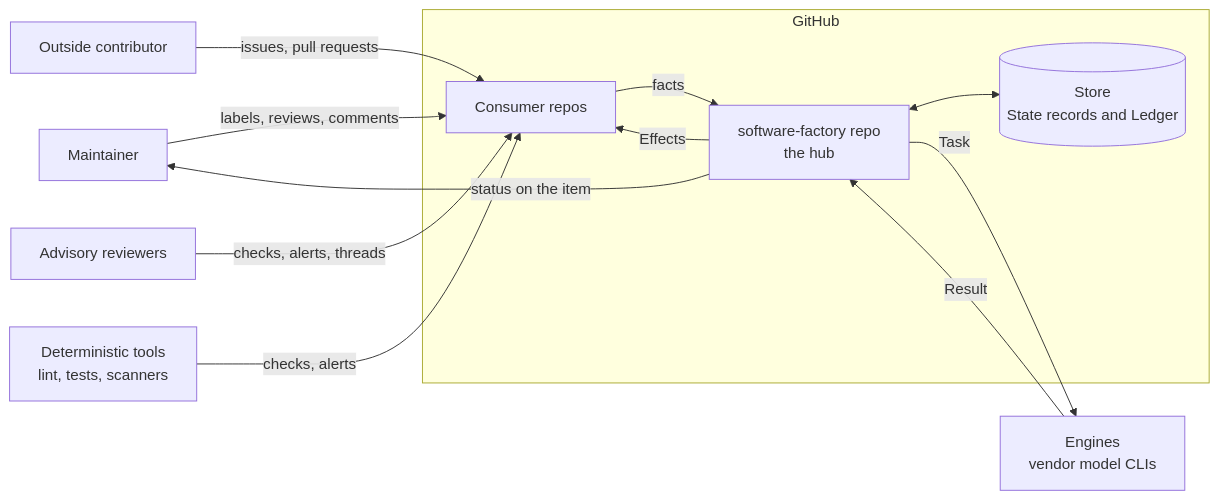
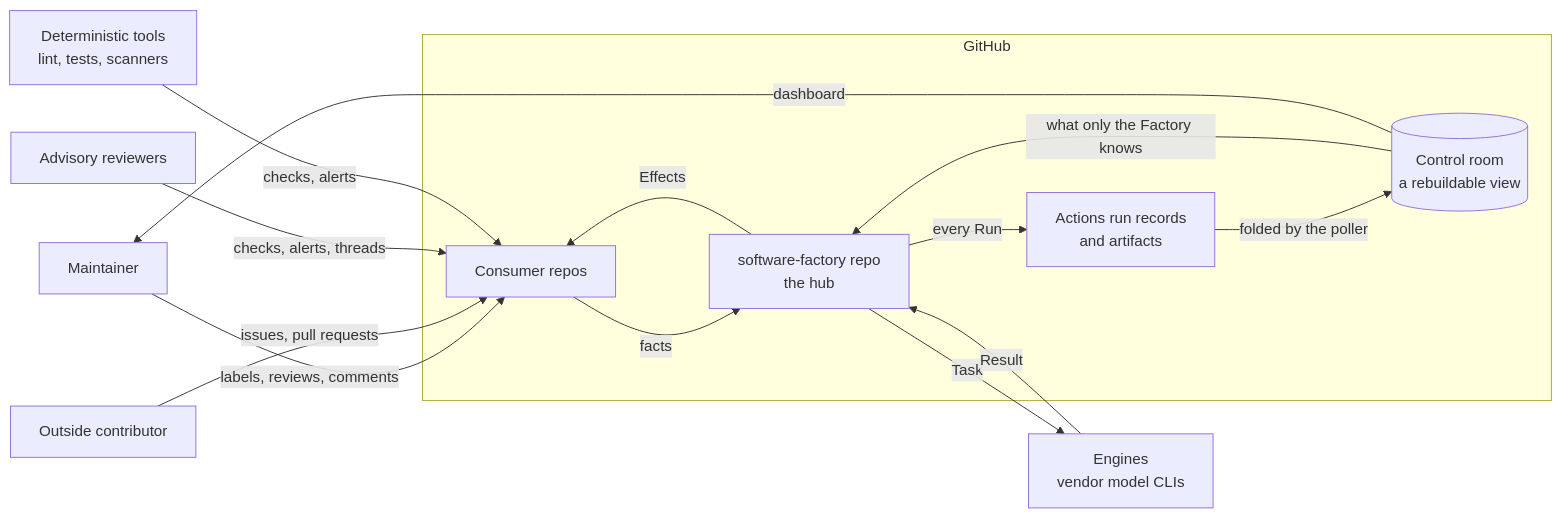
One commit to combsmith/.github-private changed the first of 5 diagrams in docs/architecture/software-factory-design.md. Above: the diagram before and after it, drawn with Mermaid. The commit also changed other lines of this file and 4 other files, not shown here.

First line of the commit message:
docs: derive State, record Runs in Actions, add the control room

````diff
--- a/docs/architecture/software-factory-design.md
+++ b/docs/architecture/software-factory-design.md
@@ -57,24 +61,27 @@
 ```mermaid
 flowchart LR
   M[Maintainer]
   O[Outside contributor]
   subgraph GH[GitHub]
     C[Consumer repos]
     F[software-factory repo<br/>the hub]
-    S[(Store<br/>State records and Ledger)]
+    R[Actions run records<br/>and artifacts]
+    V[(Control room<br/>a rebuildable view)]
   end
   E[Engines<br/>vendor model CLIs]
   A[Advisory reviewers]
   T[Deterministic tools<br/>lint, tests, scanners]
 
   M -- labels, reviews, comments --> C
   O -- issues, pull requests --> C
   A -- checks, alerts, threads --> C
   T -- checks, alerts --> C
   C -- facts --> F
   F -- Effects --> C
-  F <--> S
+  F -- every Run --> R
+  R -- folded by the poller --> V
+  V -- what only the Factory knows --> F
+  V -- dashboard --> M
   F -- Task --> E
   E -- Result --> F
-  F -- status on the item --> M
 ```
````
